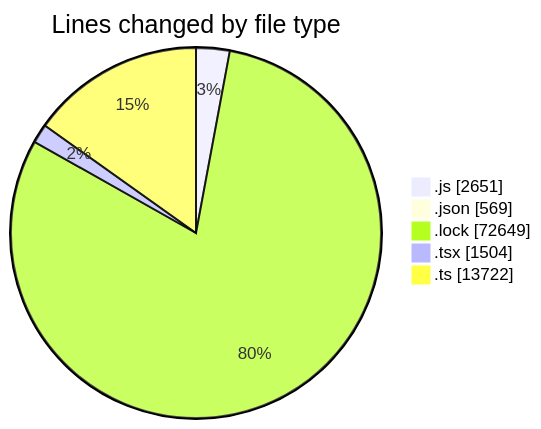
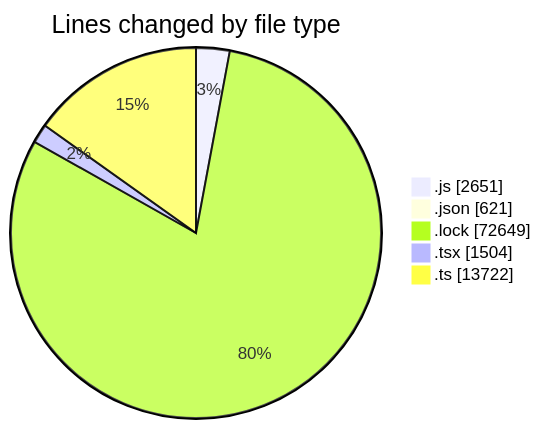
Before and after one commit to momahboobian/code-tracking: the first of 2 diagrams in 2025-12-18/cda/README.md, drawn with Mermaid. The commit also changed other lines of this file and 1 other file, not shown here.

````diff
--- a/2025-12-18/cda/README.md
+++ b/2025-12-18/cda/README.md
@@ -61,9 +62,9 @@
 ```mermaid
 pie showData
 title Lines changed by file type
 ".js" : 2651
-".json" : 569
+".json" : 621
 ".lock" : 72649
 ".tsx" : 1504
 ".ts" : 13722
 ```
````
